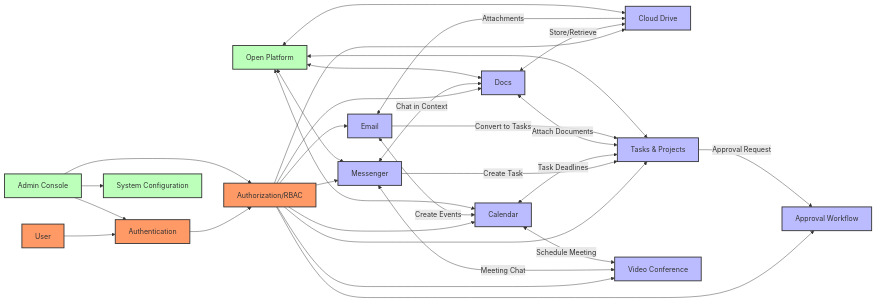
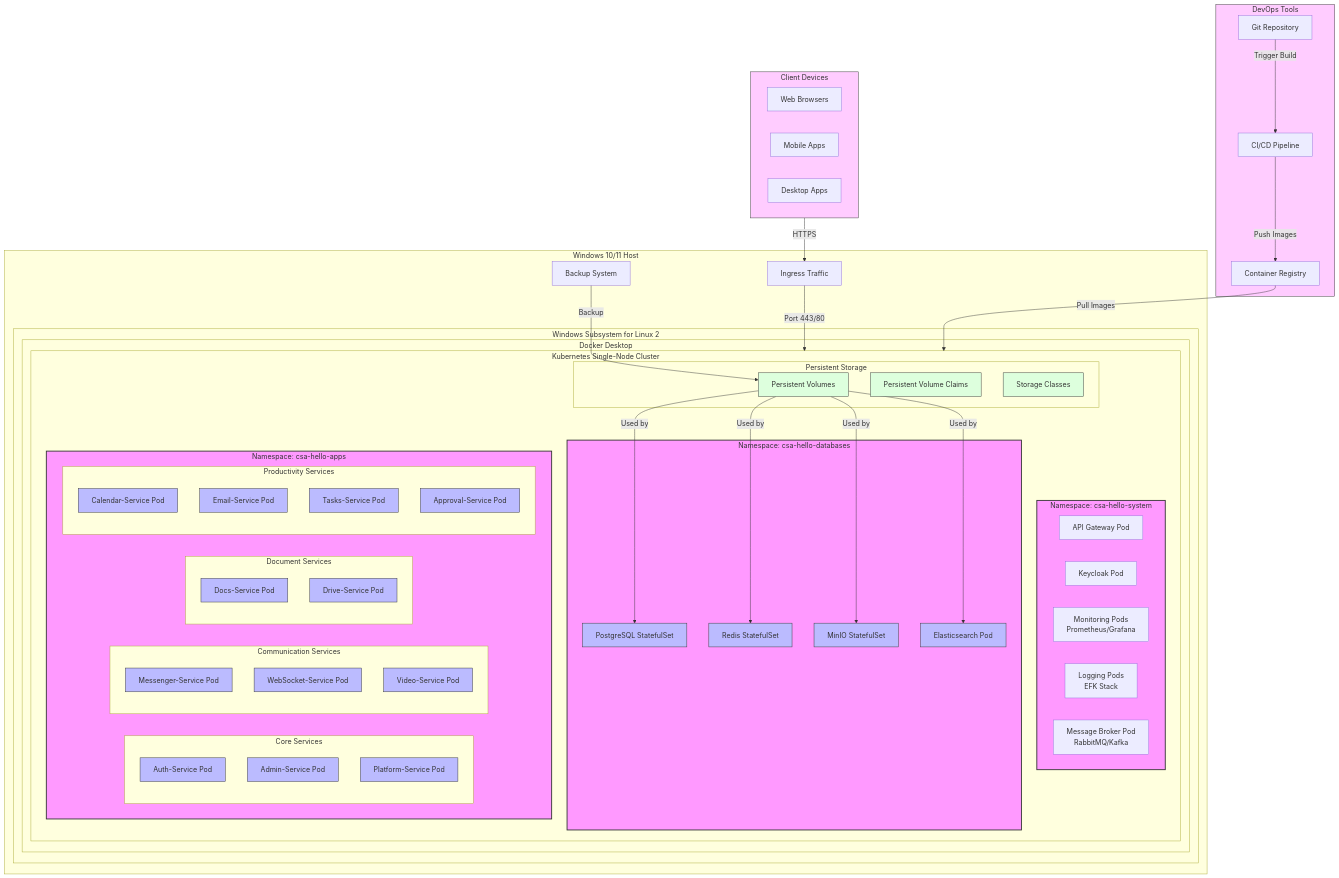
The second of 3 diagrams in diagram.md (AzazelXXI/unitydesk), drawn with Mermaid before and after one commit. The commit also changed other lines of this file and 1 other file, not shown here.

````diff
--- a/diagram.md
+++ b/diagram.md
@@ -153,48 +165,92 @@
 ```mermaid
-flowchart LR
-    %% Core Modules
-    User[User] --> Auth[Authentication]
-    Auth --> RBAC[Authorization/RBAC]
+flowchart TD
+    subgraph Windows["Windows 10/11 Host"]
+        subgraph WSL2["Windows Subsystem for Linux 2"]
+            subgraph Docker["Docker Desktop"]
+                subgraph K8s["Kubernetes Single-Node Cluster"]
+                    subgraph NS1["Namespace: csa-hello-system"]
+                        ApiGW[API Gateway Pod]
+                        KeyCloakPod[Keycloak Pod]
+                        MonitoringPods[Monitoring Pods\nPrometheus/Grafana]
+                        LoggingPods[Logging Pods\nEFK Stack]
+                        MessageBrokerPod[Message Broker Pod\nRabbitMQ/Kafka]
+                    end
+                    
+                    subgraph NS2["Namespace: csa-hello-databases"]
+                        PostgresPod[PostgreSQL StatefulSet]
+                        RedisPod[Redis StatefulSet]
+                        MinioPod[MinIO StatefulSet]
+                        ElasticPod[Elasticsearch Pod]
+                    end
+                    
+                    subgraph NS3["Namespace: csa-hello-apps"]
+                        subgraph CoreSvcs["Core Services"]
+                            AuthPod[Auth-Service Pod]
+                            AdminPod[Admin-Service Pod]
+                            PlatformPod[Platform-Service Pod]
+                        end
+                        
+                        subgraph CommSvcs["Communication Services"]
+                            MessengerPod[Messenger-Service Pod]
+                            WebSocketPod[WebSocket-Service Pod]
+                            VideoPod[Video-Service Pod]
+                        end
+                        
+                        subgraph DocsSvcs["Document Services"]
+                            DocsPod[Docs-Service Pod]
+                            DrivePod[Drive-Service Pod]
+                        end
+                        
+                        subgraph ProdSvcs["Productivity Services"]
+                            CalendarPod[Calendar-Service Pod]
+                            EmailPod[Email-Service Pod]
+                            TasksPod[Tasks-Service Pod]
+                            ApprovalPod[Approval-Service Pod]
+                        end
+                    end
+                    
+                    subgraph Storage["Persistent Storage"]
+                        PVs[Persistent Volumes]
+                        PVCs[Persistent Volume Claims]
+                        SCs[Storage Classes]
+                    end
+                    
+                    PVs -->|Used by| PostgresPod & RedisPod & MinioPod & ElasticPod
+                end
+            end
+        end
+        
+        IngressTraffic[Ingress Traffic] -->|Port 443/80| K8s
+        
+        BackupSystem[Backup System] -->|Backup| PVs
+    end
     
-    %% Application Modules
-    RBAC --> Messenger[Messenger]
-    RBAC --> Calendar[Calendar]
-    RBAC --> Docs[Docs]
-    RBAC --> Drive[Cloud Drive]
-    RBAC --> Email[Email]
-    RBAC --> Tasks[Tasks & Projects]
-    RBAC --> Approval[Approval Workflow]
-    RBAC --> VideoConf[Video Conference]
+    subgraph Clients["Client Devices"]
+        WebClient[Web Browsers]
+        MobileClient[Mobile Apps]
+        DesktopClient[Desktop Apps]
+    end
     
-    %% Module Interactions
-    Messenger <-->|Chat in Context| Docs
-    Messenger <-->|Meeting Chat| VideoConf
-    Messenger -->|Create Task| Tasks
-    Calendar <-->|Schedule Meeting| VideoConf
-    Calendar <-->|Task Deadlines| Tasks
-    Docs <-->|Attach Documents| Tasks
-    Docs <-->|Store/Retrieve| Drive
-    Email <-->|Attachments| Drive
-    Email <-->|Create Events| Calendar
-    Email -->|Convert to Tasks| Tasks
-    Tasks -->|Approval Request| Approval
+    Clients -->|HTTPS| IngressTraffic
     
-    %% Admin & Platform
-    Admin[Admin Console] --> Auth
-    Admin --> RBAC
-    Admin --> System[System Configuration]
-    OpenPlatform[Open Platform] <--> Messenger
-    OpenPlatform <--> Calendar
-    OpenPlatform <--> Docs
-    OpenPlatform <--> Drive
-    OpenPlatform <--> Tasks
+    subgraph DevOps["DevOps Tools"]
+        GitRepo[Git Repository]
+        CICD[CI/CD Pipeline]
+        Registry[Container Registry]
+    end
+    
+    GitRepo -->|Trigger Build| CICD
+    CICD -->|Push Images| Registry
+    Registry -->|Pull Images| K8s
     
     %% Legend
-    classDef core fill:#f96,stroke:#333,stroke-width:2px;
-    classDef module fill:#bbf,stroke:#333,stroke-width:2px;
-    classDef admin fill:#bfb,stroke:#333,stroke-width:2px;
+    classDef namespace fill:#f9f,stroke:#333,stroke-width:2px;
+    classDef pod fill:#bbf,stroke:#333,stroke-width:1px;
+    classDef storage fill:#dfd,stroke:#333,stroke-width:1px;
+    classDef external fill:#fcf,stroke:#333,stroke-width:1px;
     
-    class User,Auth,RBAC core;
-    class Messenger,Calendar,Docs,Drive,Email,Tasks,Approval,VideoConf module;
-    class Admin,System,OpenPlatform admin;
+    class NS1,NS2,NS3 namespace;
+    class PostgresPod,RedisPod,MinioPod,ElasticPod,AuthPod,MessengerPod,DocsPod,CalendarPod,EmailPod,TasksPod,ApprovalPod,VideoPod,AdminPod,PlatformPod,WebSocketPod,DrivePod pod;
+    class PVs,PVCs,SCs storage;
+    class Clients,DevOps external;
 ```
````
